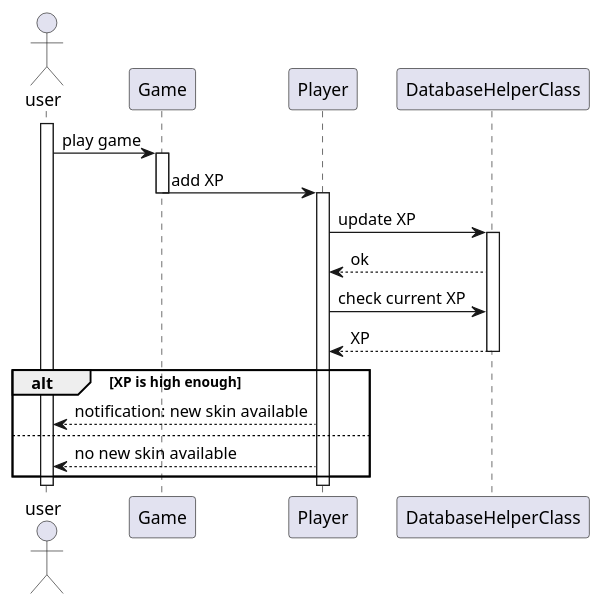
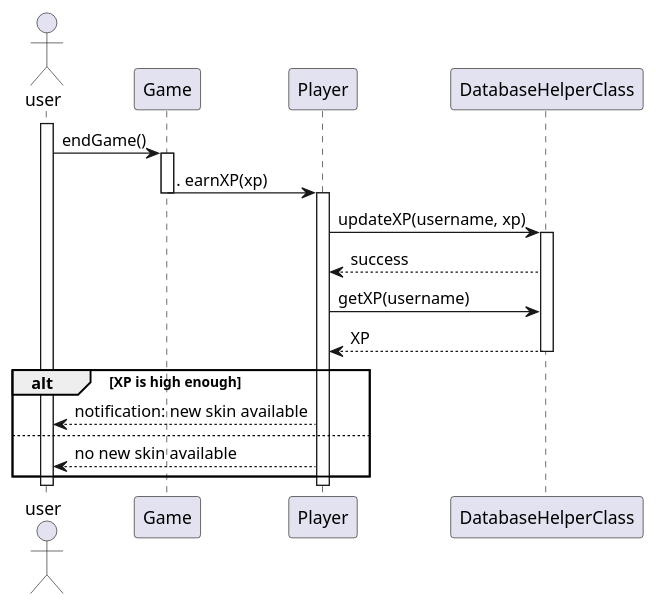
Before and after one commit to PolyPong/PolyPong: the diagram in doc/sequencediagrams/fr27.puml, drawn with PlantUML.

Commit message:
final fr27 hopefully

```diff
--- a/doc/sequencediagrams/fr27.puml
+++ b/doc/sequencediagrams/fr27.puml
@@ -1,29 +1,29 @@
 actor user
 participant Game
 participant Player as U
 participant DatabaseHelperClass as db
 
 activate user
 ''        loop
-        user -> Game: play game
+        user -> Game: endGame()
         activate Game
 ''                        Game --> user: game event
 ''                end
                 
-        Game -> U: add XP
+        Game -> U:. earnXP(xp)
         deactivate Game
         activate U
         
-                U -> db: update XP
+                U -> db: updateXP(username, xp)
         activate db
-                db --> U: ok
-                U -> db: check current XP
+                db --> U: success
+                U -> db: getXP(username)
                 db --> U: XP
         deactivate db
                 alt XP is high enough
                         U --> user: notification: new skin available
                 else
                         U --> user: no new skin available
                 end
 deactivate user
 deactivate U
```
